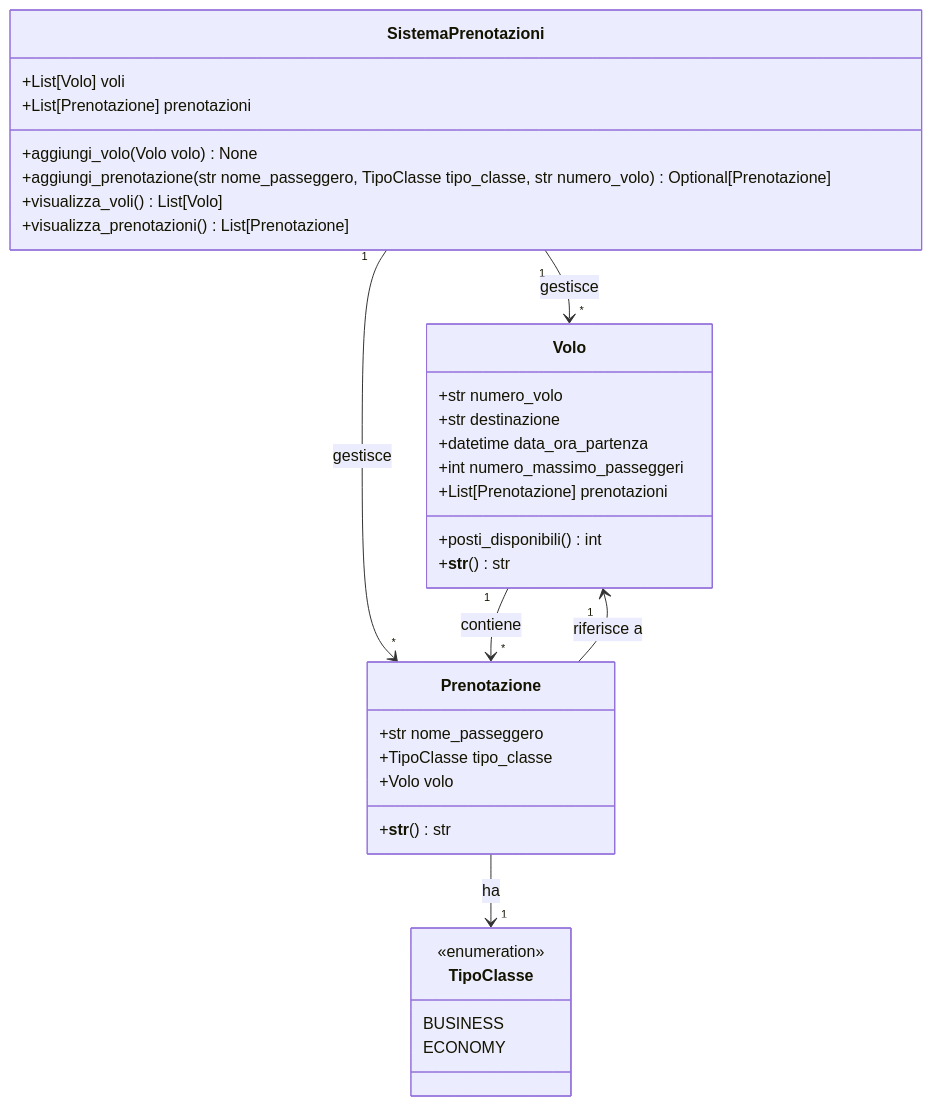
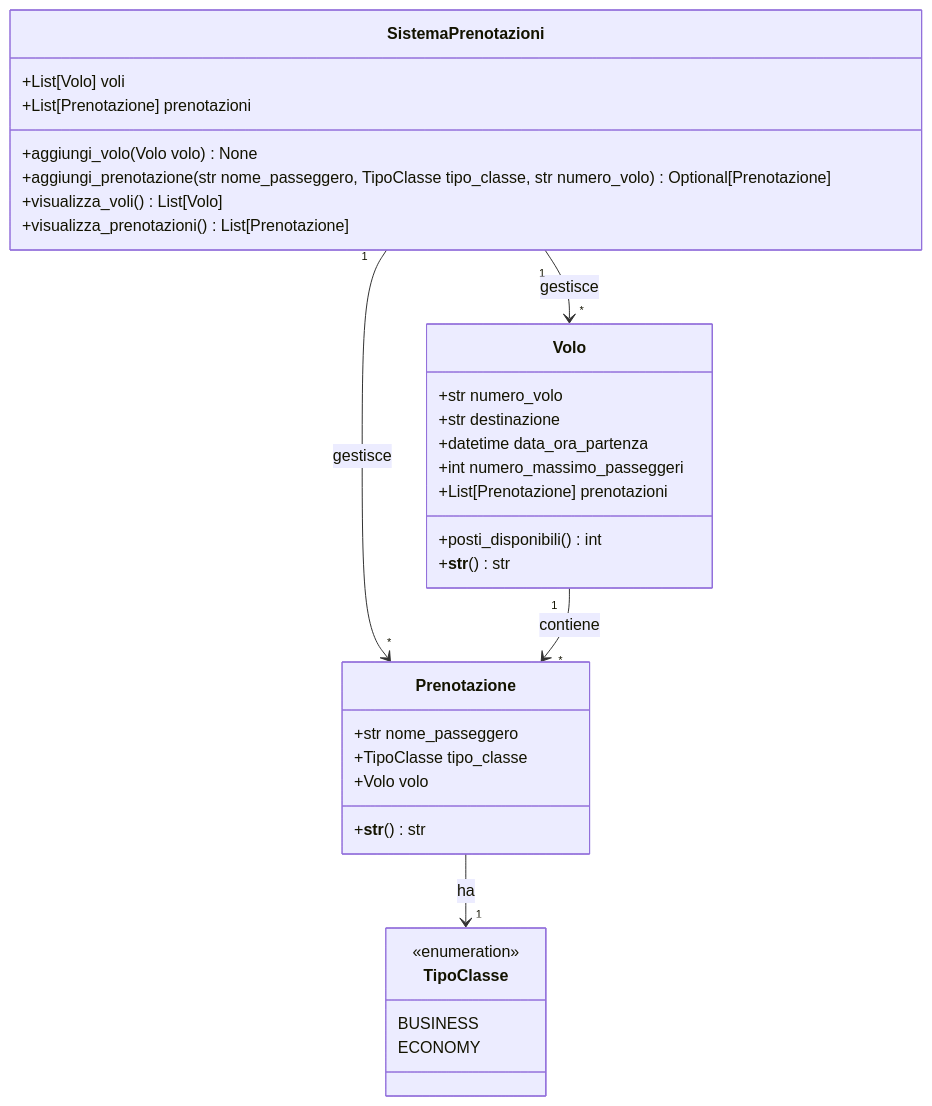
One commit to angelogalantiscuola/2425_4M changed the diagram in src/e27.md. Above: the diagram before and after it, drawn with Mermaid. The commit also changed 9 other files, not shown here.

Commit message:
Remove obsolete UML diagrams and test files for the space center management system; refactor photo and film classes for improved type consistency

````diff
--- a/src/e27.md
+++ b/src/e27.md
@@ -3,40 +3,39 @@
 ```mermaid
 classDiagram
     class TipoClasse {
         <<enumeration>>
         BUSINESS
         ECONOMY
     }
 
     class Volo {
         +str numero_volo
         +str destinazione
         +datetime data_ora_partenza
         +int numero_massimo_passeggeri
         +List[Prenotazione] prenotazioni
         +posti_disponibili() int
         +__str__() str
     }
 
     class Prenotazione {
         +str nome_passeggero
         +TipoClasse tipo_classe
         +Volo volo
         +__str__() str
     }
 
     class SistemaPrenotazioni {
         +List[Volo] voli
         +List[Prenotazione] prenotazioni
         +aggiungi_volo(Volo volo) None
         +aggiungi_prenotazione(str nome_passeggero, TipoClasse tipo_classe, str numero_volo) Optional[Prenotazione]
         +visualizza_voli() List[Volo]
         +visualizza_prenotazioni() List[Prenotazione]
     }
 
     SistemaPrenotazioni "1" --> "*" Volo : gestisce
     SistemaPrenotazioni "1" --> "*" Prenotazione : gestisce
-    Prenotazione --> "1" Volo : riferisce a
     Prenotazione --> "1" TipoClasse : ha
     Volo "1" --> "*" Prenotazione : contiene
 ```
````
